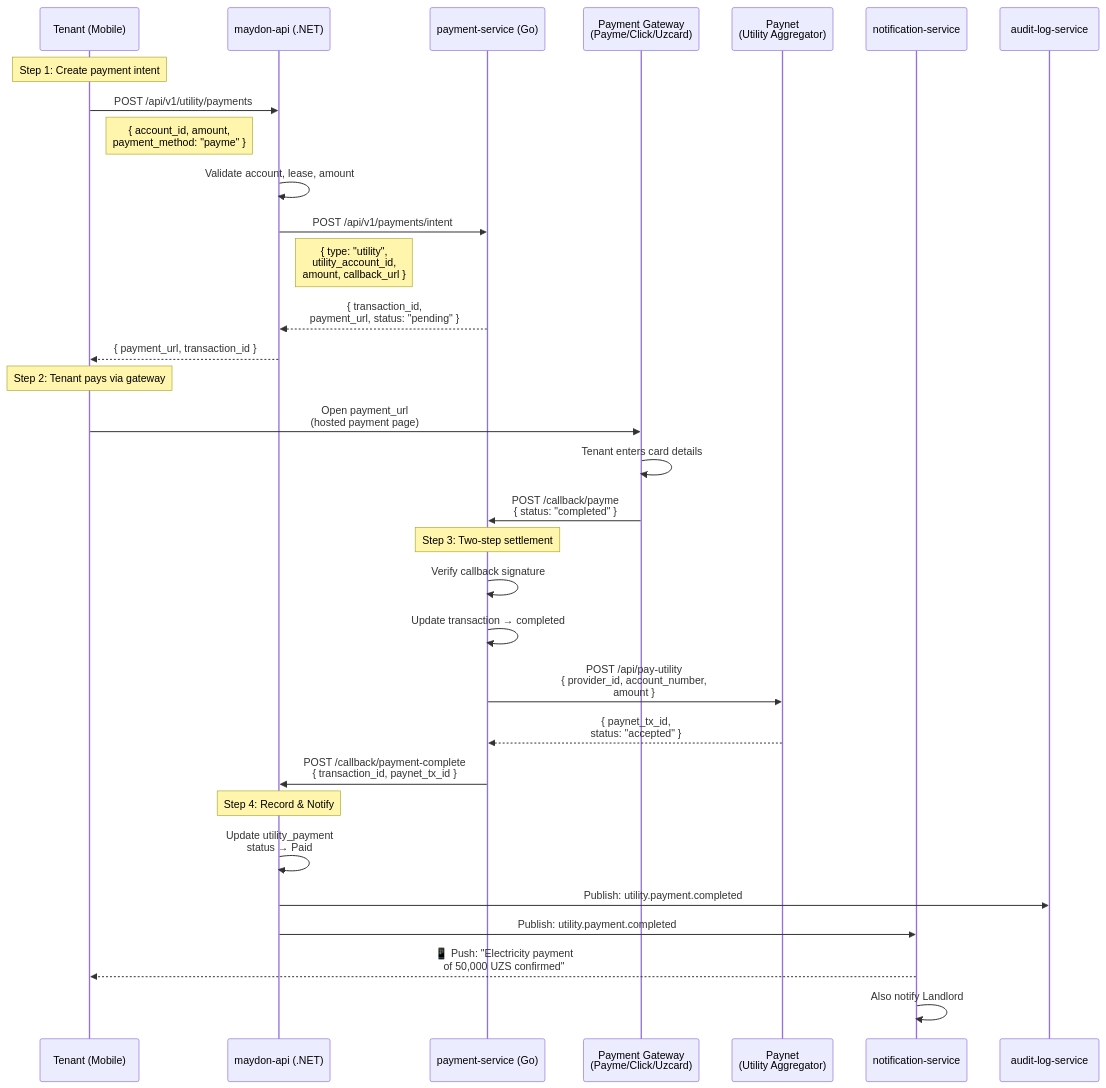
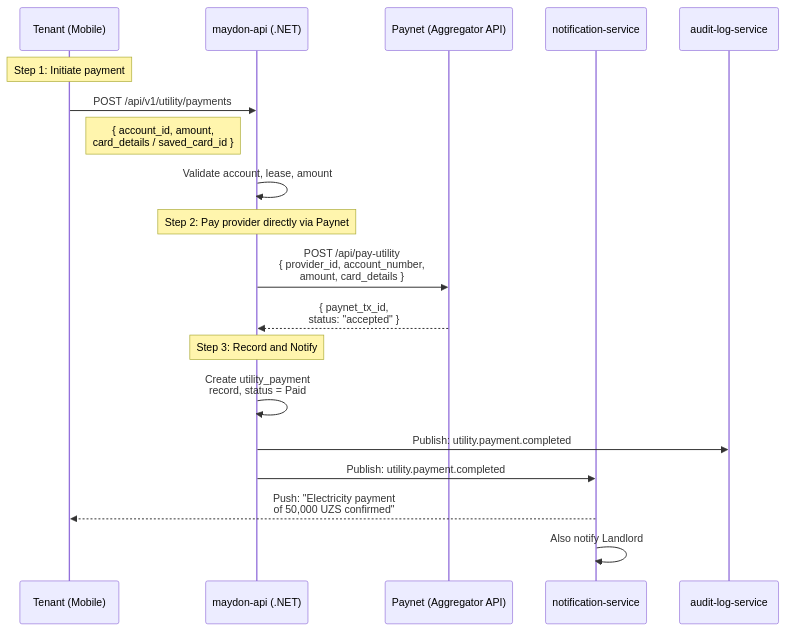
One commit to saodatm-dev/Utilities---Informational-Architecture changed the tenth of 14 diagrams in utilities-payment-userflow.md. Above: the diagram before and after it, drawn with Mermaid. The commit also changed other lines of this file and 12 other files, not shown here.

Commit message:
docs: Remove outdated informational architecture documents, update payment userflow, and add new images.

````diff
--- a/utilities-payment-userflow.md
+++ b/utilities-payment-userflow.md
@@ -300,43 +407,26 @@
 ```mermaid
 sequenceDiagram
     participant T as Tenant (Mobile)
     participant API as maydon-api (.NET)
-    participant PS as payment-service (Go)
-    participant GW as Payment Gateway<br/>(Payme/Click/Uzcard)
-    participant PN as Paynet<br/>(Utility Aggregator)
+    participant PN as Paynet (Aggregator API)
     participant N as notification-service
     participant A as audit-log-service
 
-    Note over T: Step 1: Create payment intent
+    Note over T: Step 1: Initiate payment
     T->>API: POST /api/v1/utility/payments
-    Note right of T: { account_id, amount,<br/>payment_method: "payme" }
+    Note right of T: { account_id, amount,<br/>card_details / saved_card_id }
 
     API->>API: Validate account, lease, amount
-    API->>PS: POST /api/v1/payments/intent
-    Note right of API: { type: "utility",<br/>utility_account_id,<br/>amount, callback_url }
 
-    PS-->>API: { transaction_id,<br/>payment_url, status: "pending" }
-    API-->>T: { payment_url, transaction_id }
+    Note over API: Step 2: Pay provider directly via Paynet
+    API->>PN: POST /api/pay-utility<br/>{ provider_id, account_number,<br/>amount, card_details }
+    PN-->>API: { paynet_tx_id,<br/>status: "accepted" }
 
-    Note over T: Step 2: Tenant pays via gateway
-    T->>GW: Open payment_url<br/>(hosted payment page)
-    GW->>GW: Tenant enters card details
-    GW->>PS: POST /callback/payme<br/>{ status: "completed" }
-
-    Note over PS: Step 3: Two-step settlement
-    PS->>PS: Verify callback signature
-    PS->>PS: Update transaction → completed
-
-    PS->>PN: POST /api/pay-utility<br/>{ provider_id, account_number,<br/>amount }
-    PN-->>PS: { paynet_tx_id,<br/>status: "accepted" }
-
-    PS->>API: POST /callback/payment-complete<br/>{ transaction_id, paynet_tx_id }
-
-    Note over API: Step 4: Record & Notify
-    API->>API: Update utility_payment<br/>status → Paid
+    Note over API: Step 3: Record and Notify
+    API->>API: Create utility_payment<br/>record, status = Paid
     API->>A: Publish: utility.payment.completed
     API->>N: Publish: utility.payment.completed
 
-    N-->>T: 📱 Push: "Electricity payment<br/>of 50,000 UZS confirmed"
+    N-->>T: Push: "Electricity payment<br/>of 50,000 UZS confirmed"
     N->>N: Also notify Landlord
 ```
````
